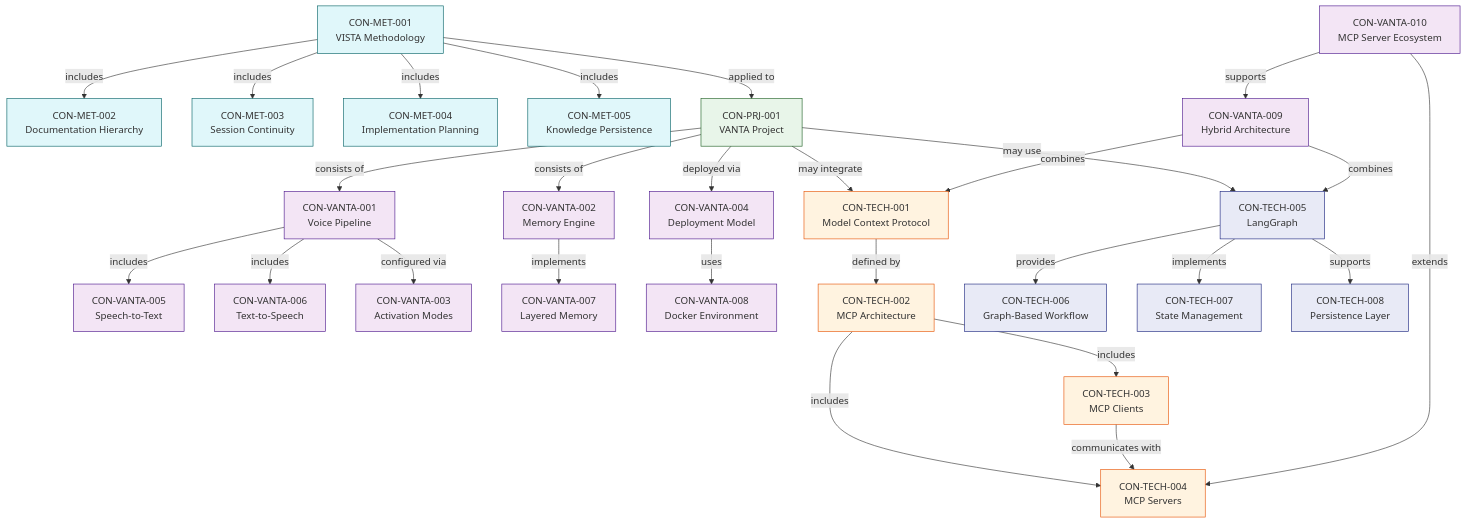
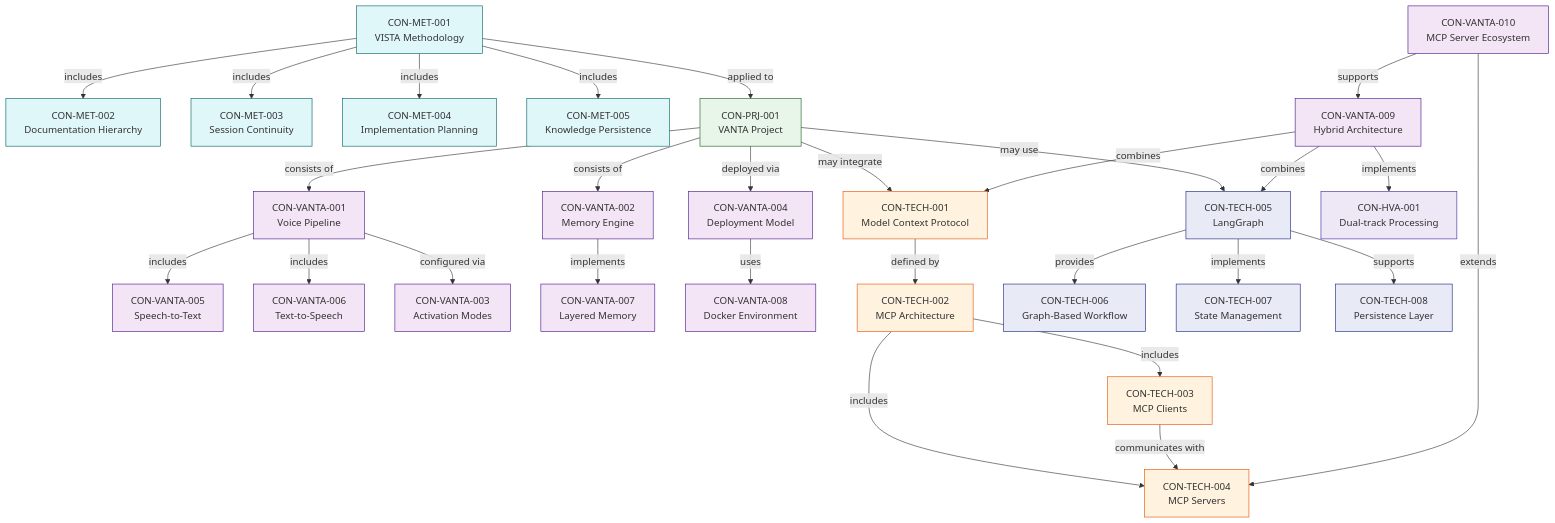
Before and after one commit to vigil-313/VANTA-ALPHA: the first of 5 diagrams in KNOWLEDGE_GRAPH.md, drawn with Mermaid. The commit also changed other lines of this file and 8 other files, not shown here.

Commit message:
Add hybrid voice architecture research with dual-track processing model

````diff
--- a/KNOWLEDGE_GRAPH.md
+++ b/KNOWLEDGE_GRAPH.md
@@ -132,59 +222,62 @@
 ```mermaid
 graph TD
     %% VISTA Methodology relationships
     CONMET001["CON-MET-001<br/>VISTA Methodology"] --> |includes| CONMET002["CON-MET-002<br/>Documentation Hierarchy"]
     CONMET001 --> |includes| CONMET003["CON-MET-003<br/>Session Continuity"]
     CONMET001 --> |includes| CONMET004["CON-MET-004<br/>Implementation Planning"]
     CONMET001 --> |includes| CONMET005["CON-MET-005<br/>Knowledge Persistence"]
     CONMET001 --> |applied to| CONPRJ001["CON-PRJ-001<br/>VANTA Project"]
     
     %% VANTA Project relationships
     CONPRJ001 --> |consists of| CONVANTA001["CON-VANTA-001<br/>Voice Pipeline"]
     CONPRJ001 --> |consists of| CONVANTA002["CON-VANTA-002<br/>Memory Engine"]
     CONPRJ001 --> |deployed via| CONVANTA004["CON-VANTA-004<br/>Deployment Model"]
     CONPRJ001 --> |may integrate| CONTECH001["CON-TECH-001<br/>Model Context Protocol"]
     CONPRJ001 --> |may use| CONTECH005["CON-TECH-005<br/>LangGraph"]
     
     %% Voice Pipeline relationships
     CONVANTA001 --> |includes| CONVANTA005["CON-VANTA-005<br/>Speech-to-Text"]
     CONVANTA001 --> |includes| CONVANTA006["CON-VANTA-006<br/>Text-to-Speech"]
     CONVANTA001 --> |configured via| CONVANTA003["CON-VANTA-003<br/>Activation Modes"]
     
     %% Memory Engine relationships
     CONVANTA002 --> |implements| CONVANTA007["CON-VANTA-007<br/>Layered Memory"]
     
     %% Deployment Model relationships
     CONVANTA004 --> |uses| CONVANTA008["CON-VANTA-008<br/>Docker Environment"]
     
     %% MCP relationships
     CONTECH001 --> |defined by| CONTECH002["CON-TECH-002<br/>MCP Architecture"]
     CONTECH002 --> |includes| CONTECH003["CON-TECH-003<br/>MCP Clients"]
     CONTECH002 --> |includes| CONTECH004["CON-TECH-004<br/>MCP Servers"]
     CONTECH003 --> |communicates with| CONTECH004
     
     %% LangGraph relationships
     CONTECH005 --> |provides| CONTECH006["CON-TECH-006<br/>Graph-Based Workflow"]
     CONTECH005 --> |implements| CONTECH007["CON-TECH-007<br/>State Management"]
     CONTECH005 --> |supports| CONTECH008["CON-TECH-008<br/>Persistence Layer"]
     
     %% Hybrid Architecture relationships
     CONVANTA009["CON-VANTA-009<br/>Hybrid Architecture"] --> |combines| CONTECH001
     CONVANTA009 --> |combines| CONTECH005
+    CONVANTA009 --> |implements| CONHVA001["CON-HVA-001<br/>Dual-track Processing"]
     
     %% MCP Server Ecosystem relationships
     CONVANTA010["CON-VANTA-010<br/>MCP Server Ecosystem"] --> |extends| CONTECH004
     CONVANTA010 --> |supports| CONVANTA009
     
     %% Styling
     classDef methodology fill:#e0f7fa,stroke:#006064,stroke-width:1px
     classDef project fill:#e8f5e9,stroke:#1b5e20,stroke-width:1px
     classDef vanta fill:#f3e5f5,stroke:#4a148c,stroke-width:1px
     classDef mcp fill:#fff3e0,stroke:#e65100,stroke-width:1px
     classDef langgraph fill:#e8eaf6,stroke:#1a237e,stroke-width:1px
+    classDef hva fill:#ede7f6,stroke:#4527a0,stroke-width:1px
     
     class CONMET001,CONMET002,CONMET003,CONMET004,CONMET005 methodology
     class CONPRJ001 project
     class CONVANTA001,CONVANTA002,CONVANTA003,CONVANTA004,CONVANTA005,CONVANTA006,CONVANTA007,CONVANTA008,CONVANTA009,CONVANTA010 vanta
     class CONTECH001,CONTECH002,CONTECH003,CONTECH004 mcp
     class CONTECH005,CONTECH006,CONTECH007,CONTECH008 langgraph
+    class CONHVA001 hva
 ```
````
